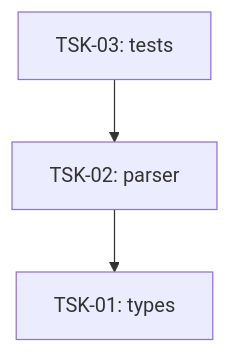
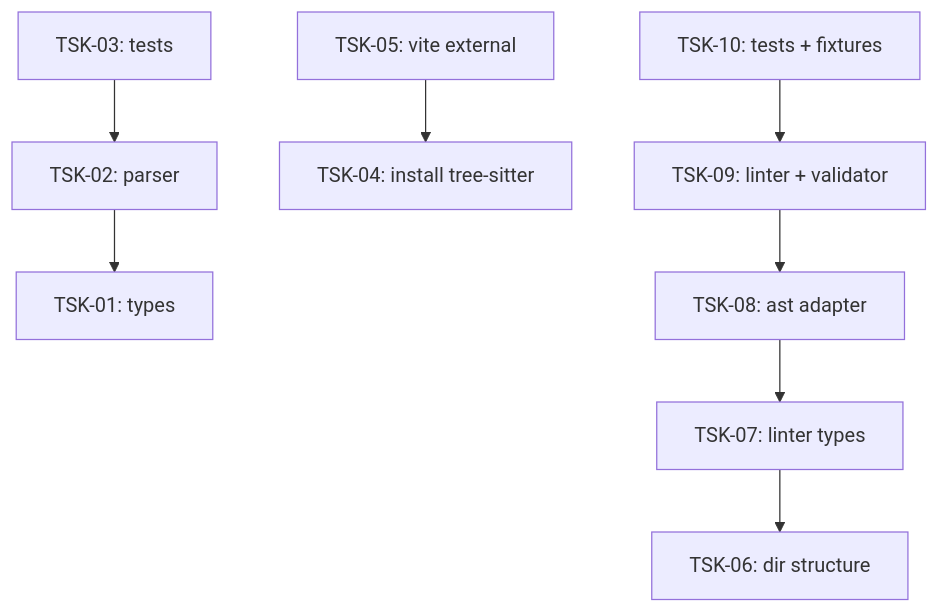
Before and after one commit to RubaXa/gennady: the diagram in tasks/dbc/README.md, drawn with Mermaid. The commit also changed other lines of this file and 94 other files, not shown here.

Commit message:
feat: add dbc-linter — contract coverage validation with 88 test fixtures

````diff
--- a/tasks/dbc/README.md
+++ b/tasks/dbc/README.md
@@ -28,8 +29,20 @@
 ```mermaid
 graph TD
     TSK-01[TSK-01: types]
     TSK-02[TSK-02: parser]
     TSK-03[TSK-03: tests]
     TSK-02 --> TSK-01
     TSK-03 --> TSK-02
+    TSK-04[TSK-04: install tree-sitter]
+    TSK-05[TSK-05: vite external]
+    TSK-06[TSK-06: dir structure]
+    TSK-07[TSK-07: linter types]
+    TSK-08[TSK-08: ast adapter]
+    TSK-09[TSK-09: linter + validator]
+    TSK-10[TSK-10: tests + fixtures]
+    TSK-05 --> TSK-04
+    TSK-07 --> TSK-06
+    TSK-08 --> TSK-07
+    TSK-09 --> TSK-08
+    TSK-10 --> TSK-09
 ```
````
